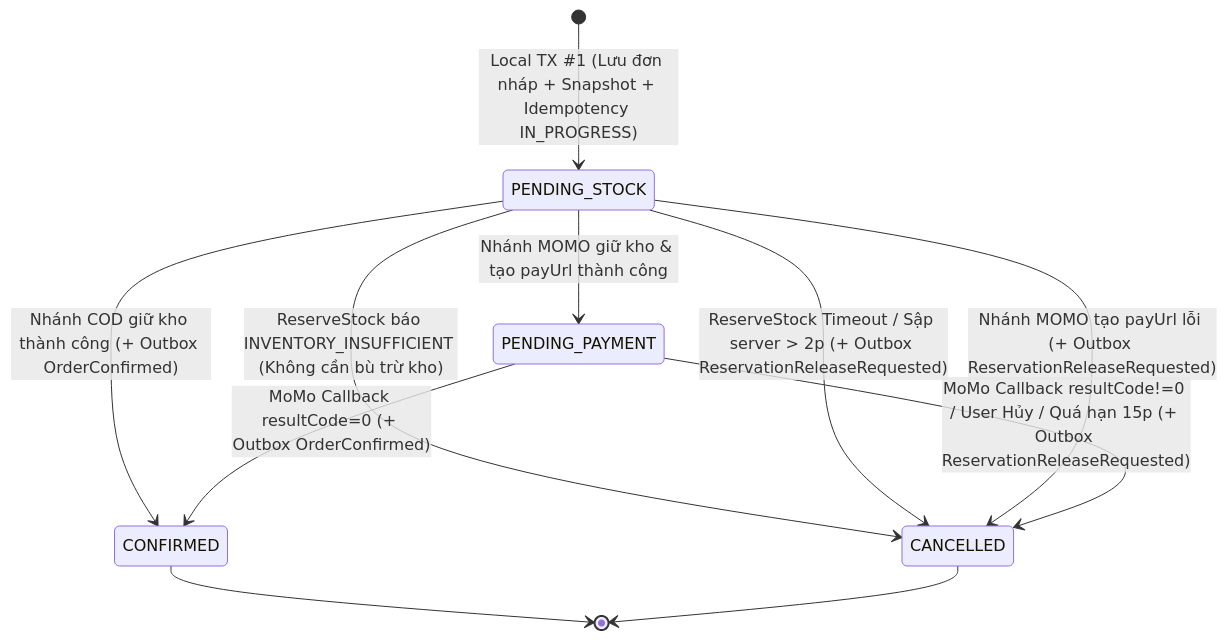
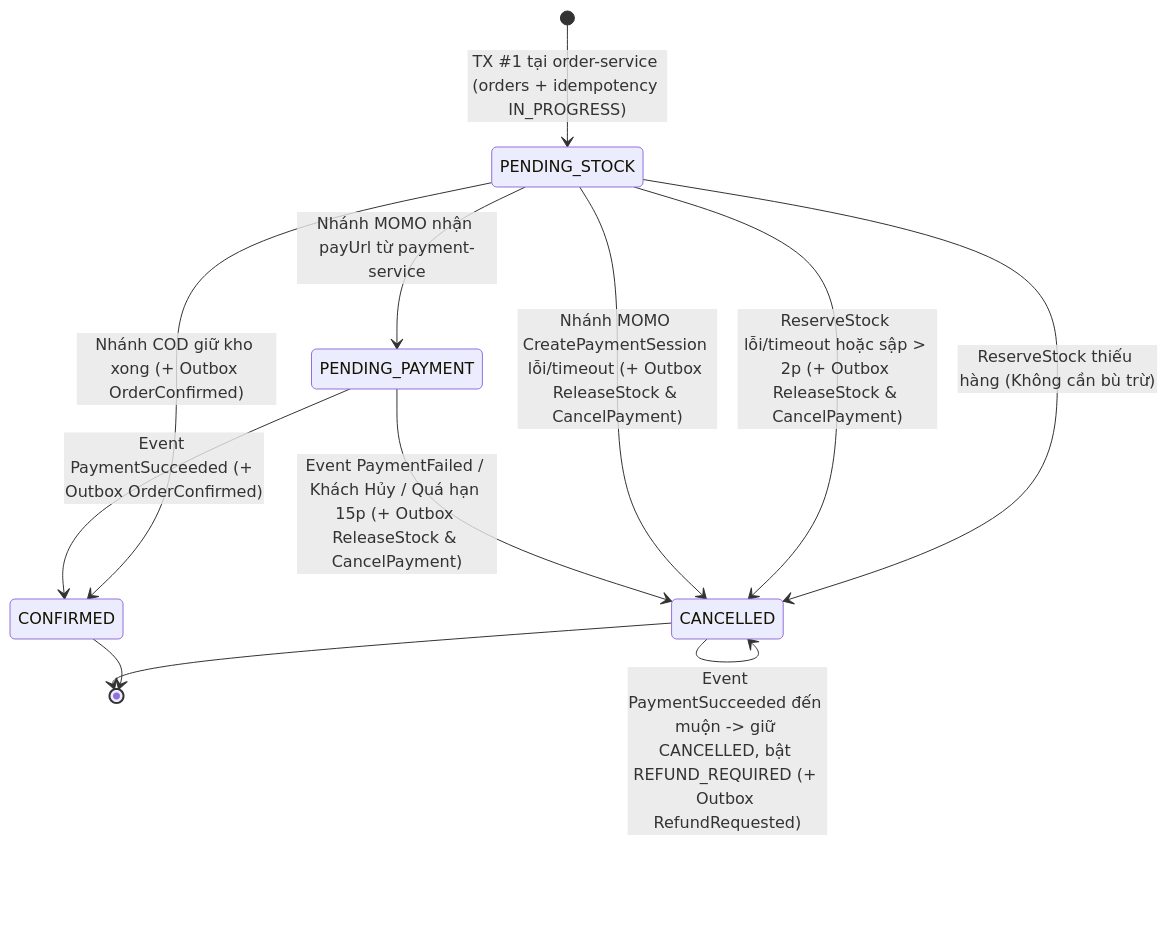
One commit to tuoitho/dreamshop changed the second of 2 diagrams in docs/superpowers/specs/2026-10-28-order-checkout-saga-design.md. Above: the diagram before and after it, drawn with Mermaid. The commit also changed other lines of this file and 3 other files, not shown here.

Commit message:
docs: add hybrid and event-driven order checkout saga specs and plans

````diff
--- a/docs/superpowers/specs/2026-10-28-order-checkout-saga-design.md
+++ b/docs/superpowers/specs/2026-10-28-order-checkout-saga-design.md
@@ -122,15 +185,16 @@
 ```mermaid
 stateDiagram-v2
-    [*] --> PENDING_STOCK: Local TX #1 (Lưu đơn nháp + Snapshot + Idempotency IN_PROGRESS)
-    PENDING_STOCK --> CANCELLED: ReserveStock báo INVENTORY_INSUFFICIENT (Không cần bù trừ kho)
-    PENDING_STOCK --> CANCELLED: ReserveStock Timeout / Sập server > 2p (+ Outbox ReservationReleaseRequested)
-    PENDING_STOCK --> CONFIRMED: Nhánh COD giữ kho thành công (+ Outbox OrderConfirmed)
-    PENDING_STOCK --> PENDING_PAYMENT: Nhánh MOMO giữ kho & tạo payUrl thành công
-    PENDING_STOCK --> CANCELLED: Nhánh MOMO tạo payUrl lỗi (+ Outbox ReservationReleaseRequested)
+    [*] --> PENDING_STOCK: TX #1 tại order-service (orders + idempotency IN_PROGRESS)
+    PENDING_STOCK --> CANCELLED: ReserveStock thiếu hàng (Không cần bù trừ)
+    PENDING_STOCK --> CANCELLED: ReserveStock lỗi/timeout hoặc sập > 2p (+ Outbox ReleaseStock & CancelPayment)
+    PENDING_STOCK --> CONFIRMED: Nhánh COD giữ kho xong (+ Outbox OrderConfirmed)
+    PENDING_STOCK --> PENDING_PAYMENT: Nhánh MOMO nhận payUrl từ payment-service
+    PENDING_STOCK --> CANCELLED: Nhánh MOMO CreatePaymentSession lỗi/timeout (+ Outbox ReleaseStock & CancelPayment)
 
-    PENDING_PAYMENT --> CONFIRMED: MoMo Callback resultCode=0 (+ Outbox OrderConfirmed)
-    PENDING_PAYMENT --> CANCELLED: MoMo Callback resultCode!=0 / User Hủy / Quá hạn 15p (+ Outbox ReservationReleaseRequested)
+    PENDING_PAYMENT --> CONFIRMED: Event PaymentSucceeded (+ Outbox OrderConfirmed)
+    PENDING_PAYMENT --> CANCELLED: Event PaymentFailed / Khách Hủy / Quá hạn 15p (+ Outbox ReleaseStock & CancelPayment)
+    CANCELLED --> CANCELLED: Event PaymentSucceeded đến muộn -> giữ CANCELLED, bật REFUND_REQUIRED (+ Outbox RefundRequested)
 
     CONFIRMED --> [*]
     CANCELLED --> [*]
 ```
````
